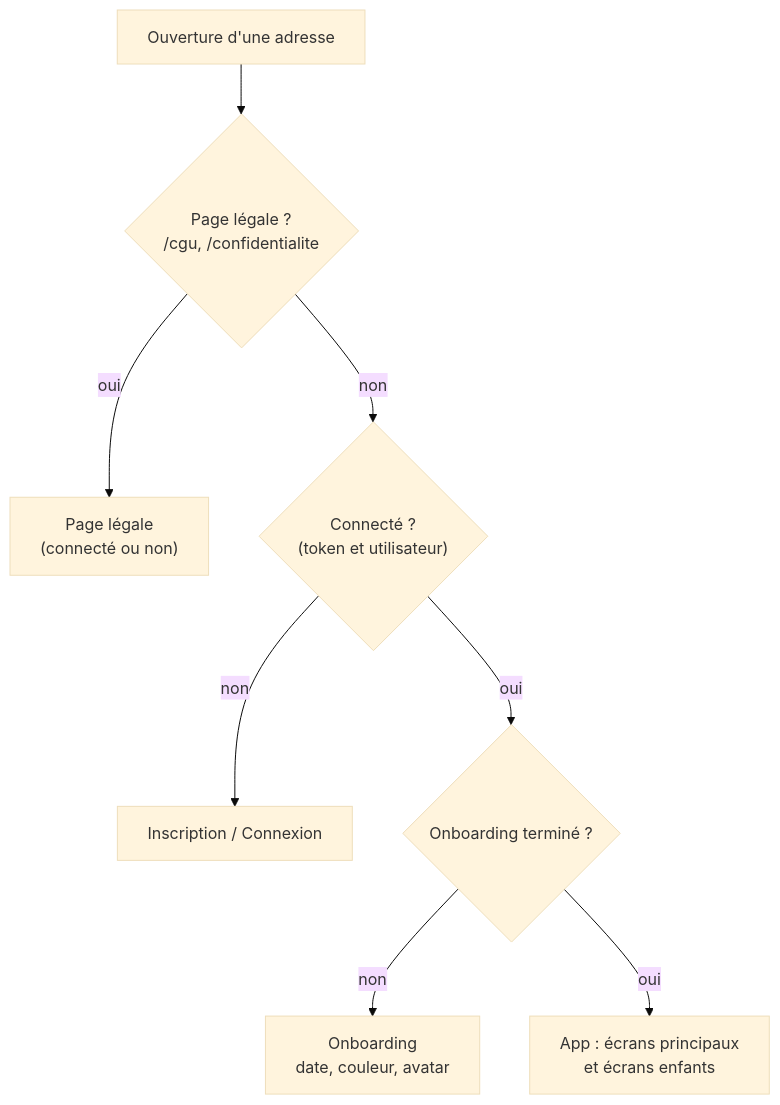
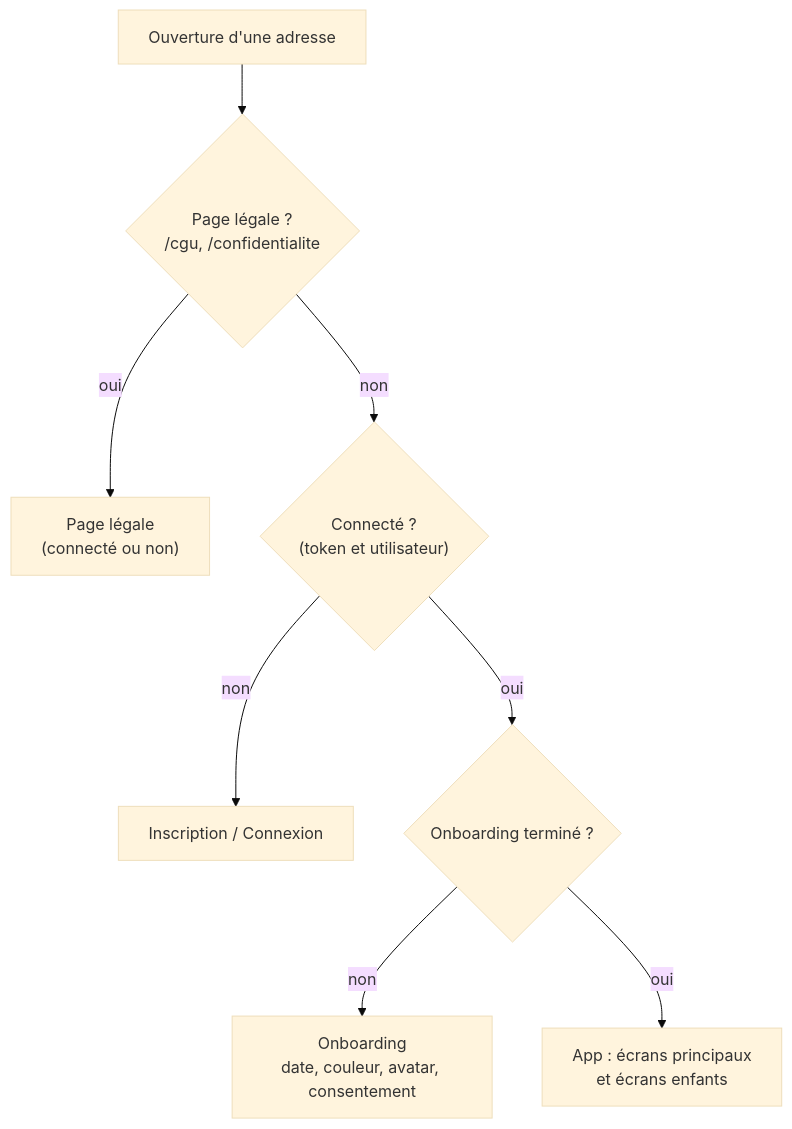
Before and after one commit to maximelopez/tribu-app-frontend: the second of 3 diagrams in docs/architecture.md, drawn with Mermaid (base theme). The commit also changed 16 other files, not shown here.

````diff
--- a/docs/architecture.md
+++ b/docs/architecture.md
@@ -64,10 +64,10 @@
 ```mermaid
 flowchart TD
     A["Ouverture d'une adresse"] --> L{"Page légale ?<br/>/cgu, /confidentialite"}
     L -- oui --> LP["Page légale<br/>(connecté ou non)"]
     L -- non --> B{"Connecté ?<br/>(token et utilisateur)"}
     B -- non --> I["Inscription / Connexion"]
     B -- oui --> C{"Onboarding terminé ?"}
-    C -- non --> O["Onboarding<br/>date, couleur, avatar"]
+    C -- non --> O["Onboarding<br/>date, couleur, avatar, consentement"]
     C -- oui --> D["App : écrans principaux<br/>et écrans enfants"]
 ```
````
